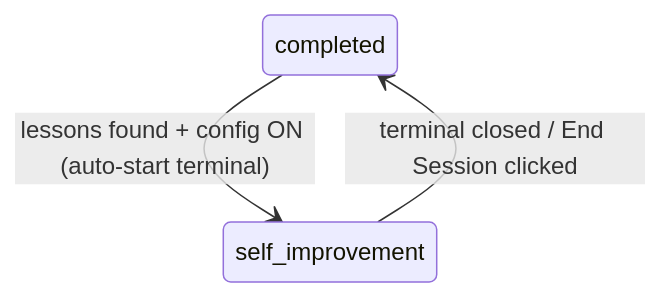
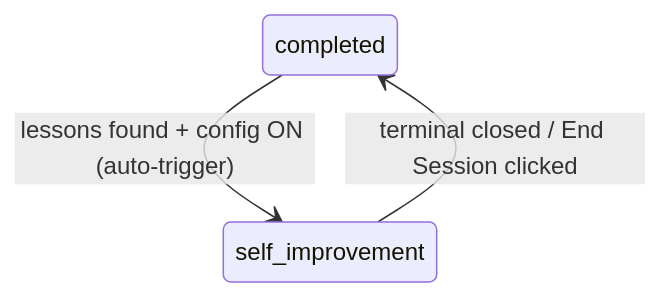
Before and after one commit to chmc/oxveil: the third of 6 diagrams in docs/workflow/states.md, drawn with Mermaid. The commit also changed other lines of this file and 3 other files, not shown here.

First line of the commit message:
fix: catch and log self-improvement command errors, add diagnostics (#103)

````diff
--- a/docs/workflow/states.md
+++ b/docs/workflow/states.md
@@ -229,5 +231,5 @@
 ```mermaid
 stateDiagram-v2
-    completed --> self_improvement: lessons found + config ON (auto-start terminal)
+    completed --> self_improvement: lessons found + config ON (auto-trigger)
     self_improvement --> completed: terminal closed / End Session clicked
 ```
````
